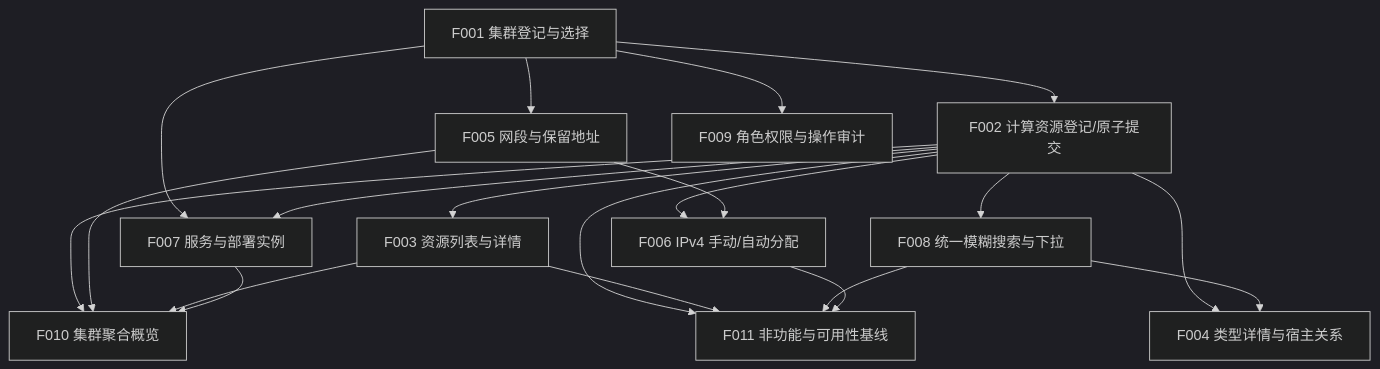
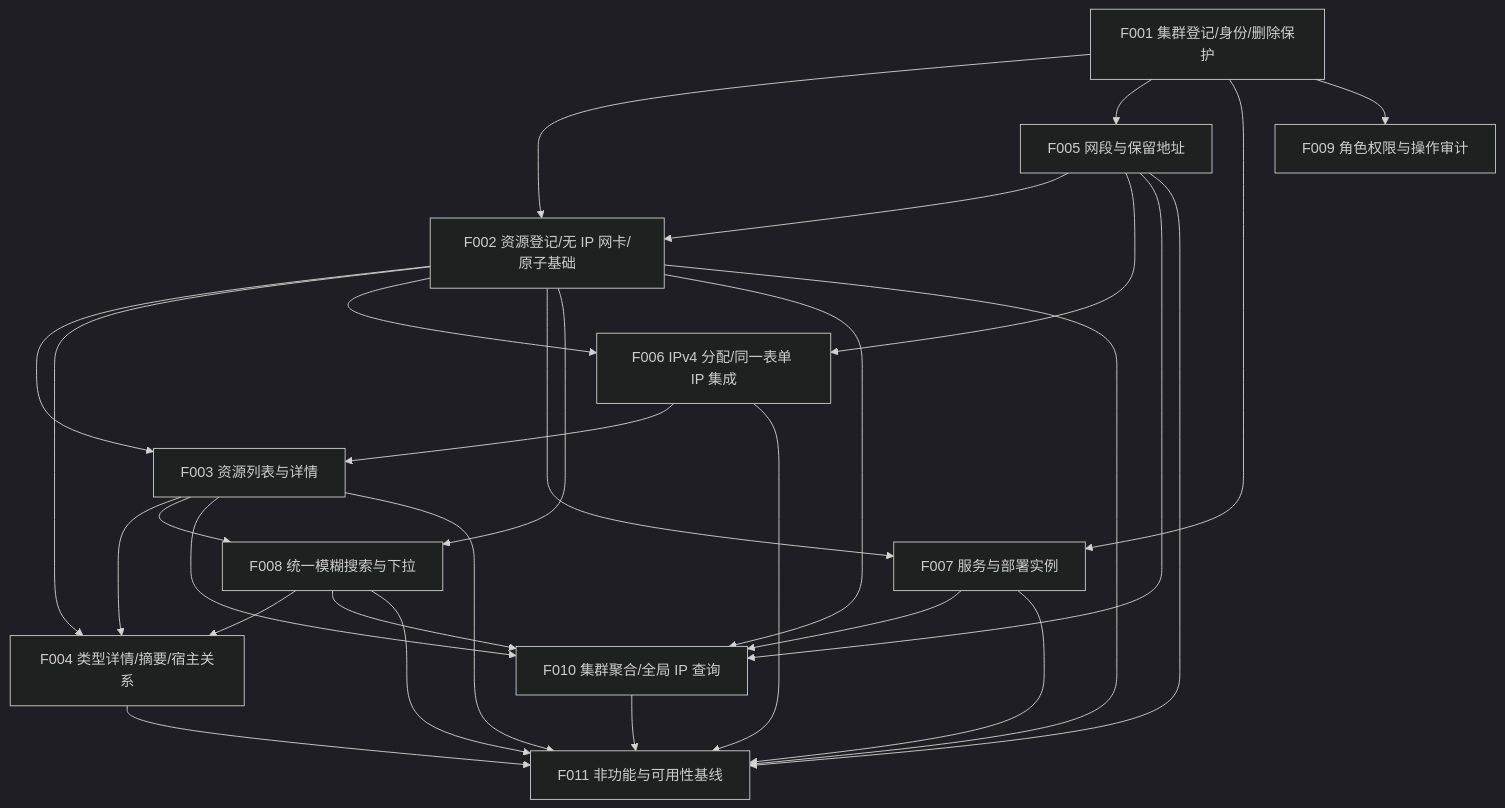
One commit to 47oo/csm changed the diagram in docs/project/dependency-map.md. Above: the diagram before and after it, drawn with Mermaid (dark theme). The commit also changed other lines of this file and 3 other files, not shown here.

````diff
--- a/docs/project/dependency-map.md
+++ b/docs/project/dependency-map.md
@@ -26,34 +48,43 @@
 ```mermaid
 graph TD
-  F001[F001 集群登记与选择]
-  F002[F002 计算资源登记/原子提交]
+  F001[F001 集群登记/身份/删除保护]
+  F002[F002 资源登记/无 IP 网卡/原子基础]
   F003[F003 资源列表与详情]
-  F004[F004 类型详情与宿主关系]
+  F004[F004 类型详情/摘要/宿主关系]
   F005[F005 网段与保留地址]
-  F006[F006 IPv4 手动/自动分配]
+  F006[F006 IPv4 分配/同一表单 IP 集成]
   F007[F007 服务与部署实例]
   F008[F008 统一模糊搜索与下拉]
   F009[F009 角色权限与操作审计]
-  F010[F010 集群聚合概览]
+  F010[F010 集群聚合/全局 IP 查询]
   F011[F011 非功能与可用性基线]
 
   F001 --> F002
   F001 --> F005
   F001 --> F007
   F001 --> F009
+  F005 --> F002
+  F005 --> F006
+  F005 --> F010
   F002 --> F003
   F002 --> F004
   F002 --> F006
   F002 --> F007
   F002 --> F008
   F002 --> F010
   F002 --> F011
-  F005 --> F006
-  F005 --> F010
+  F006 --> F003
+  F006 --> F011
+  F003 --> F004
+  F003 --> F008
   F003 --> F010
   F003 --> F011
+  F008 --> F004
+  F008 --> F010
+  F008 --> F011
+  F004 --> F011
+  F005 --> F011
   F007 --> F010
-  F008 --> F004
-  F008 --> F011
-  F006 --> F011
+  F007 --> F011
+  F010 --> F011
 ```
````
